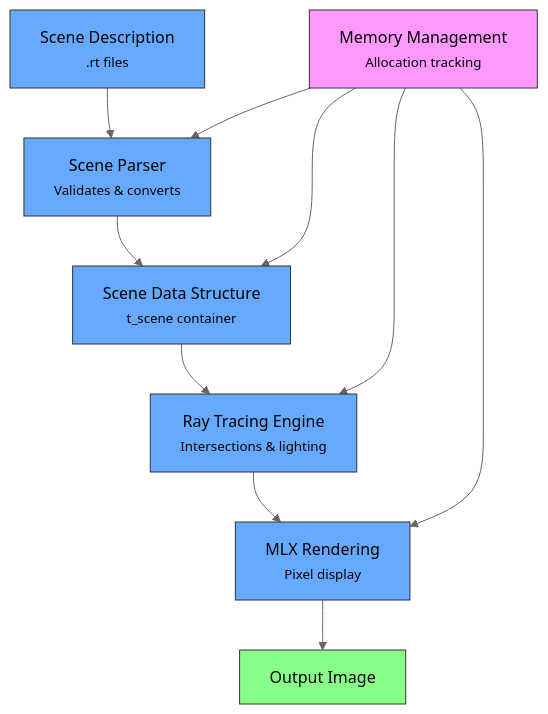
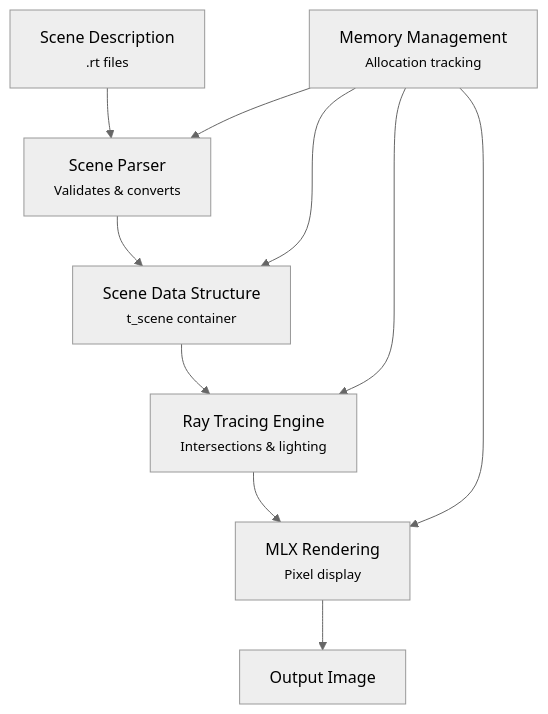
The diagram in README.md (helgh/MiniRT_1337), drawn with Mermaid (neutral theme) before and after one commit.

````diff
--- a/README.md
+++ b/README.md
@@ -32,20 +32,12 @@
 ```mermaid
 graph TD
     B["Scene Description<br><small>.rt files</small>"] --> C["Scene Parser<br><small>Validates & converts</small>"]
     C --> D["Scene Data Structure<br><small>t_scene container</small>"]
     D --> E["Ray Tracing Engine<br><small>Intersections & lighting</small>"]
     E --> F["MLX Rendering<br><small>Pixel display</small>"]
     F --> G["Output Image"]
     A["Memory Management<br><small>Allocation tracking</small>"] --> C
     A --> D
     A --> E
     A --> F
-    
-    style A fill:#f9f,stroke:#333
-    style B fill:#6af,stroke:#333
-    style C fill:#6af,stroke:#333
-    style D fill:#6af,stroke:#333
-    style E fill:#6af,stroke:#333
-    style F fill:#6af,stroke:#333
-    style G fill:#8f8,stroke:#333
 ```
````
